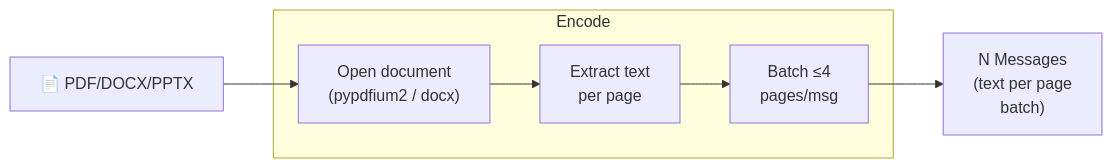
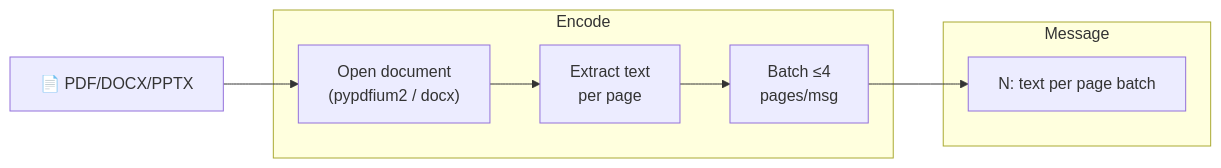
Before and after one commit to vlm-run/mm: diagram 13 of 17 in docs/ENCODERS.md, drawn with Mermaid. The commit also changed other lines of this file and 1 other file, not shown here.

Commit message:
use a message block with subgroups

````diff
--- a/docs/ENCODERS.md
+++ b/docs/ENCODERS.md
@@ -305,14 +329,16 @@
 ```mermaid
 graph LR
   doc["📄 PDF/DOCX/PPTX"]
 
   subgraph encode ["Encode"]
     open["Open document\n(pypdfium2 / docx)"]
     extract["Extract text\nper page"]
     batch["Batch ≤4\npages/msg"]
   end
 
-  msgs["N Messages\n(text per page\nbatch)"]
+  subgraph message ["Message"]
+    msgs["N: text per page batch"]
+  end
 
   doc --> open --> extract --> batch --> msgs
 ```
````
